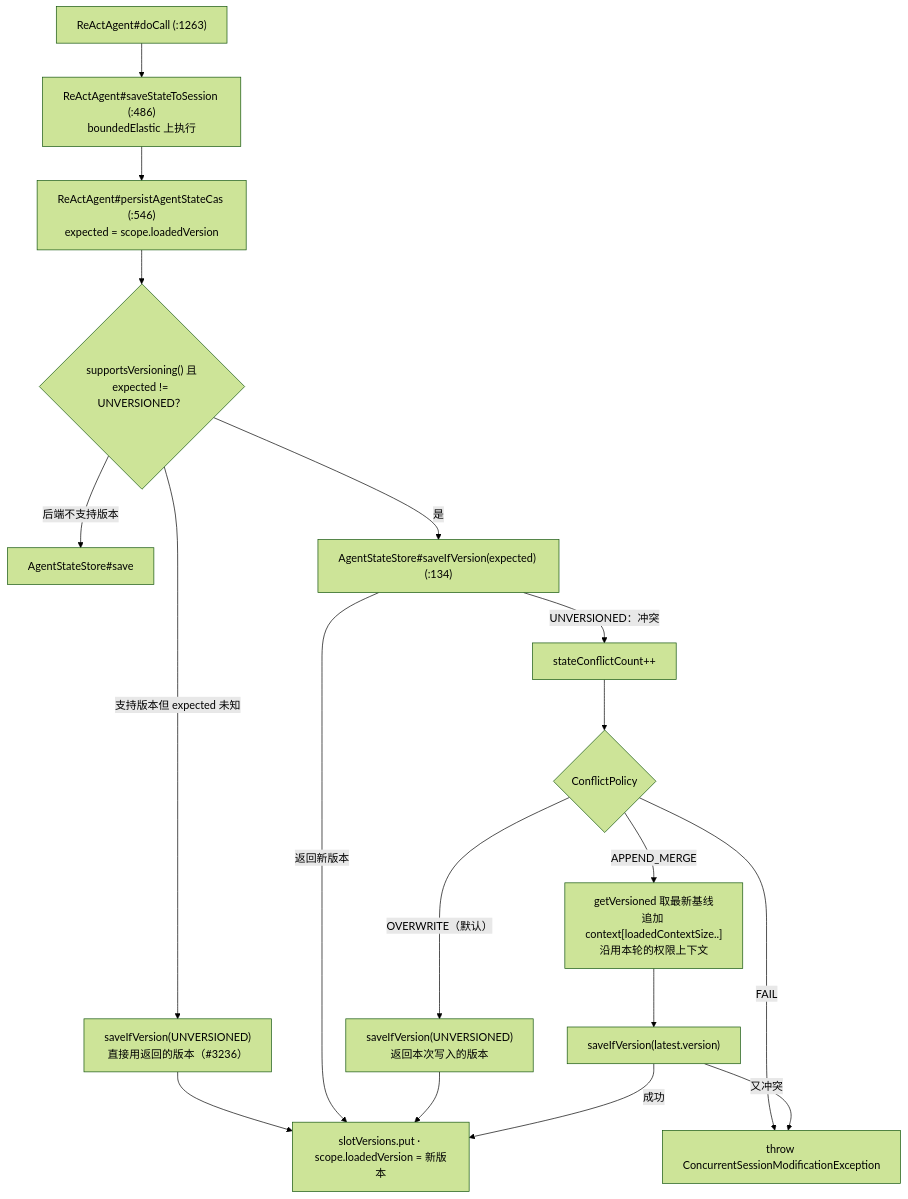
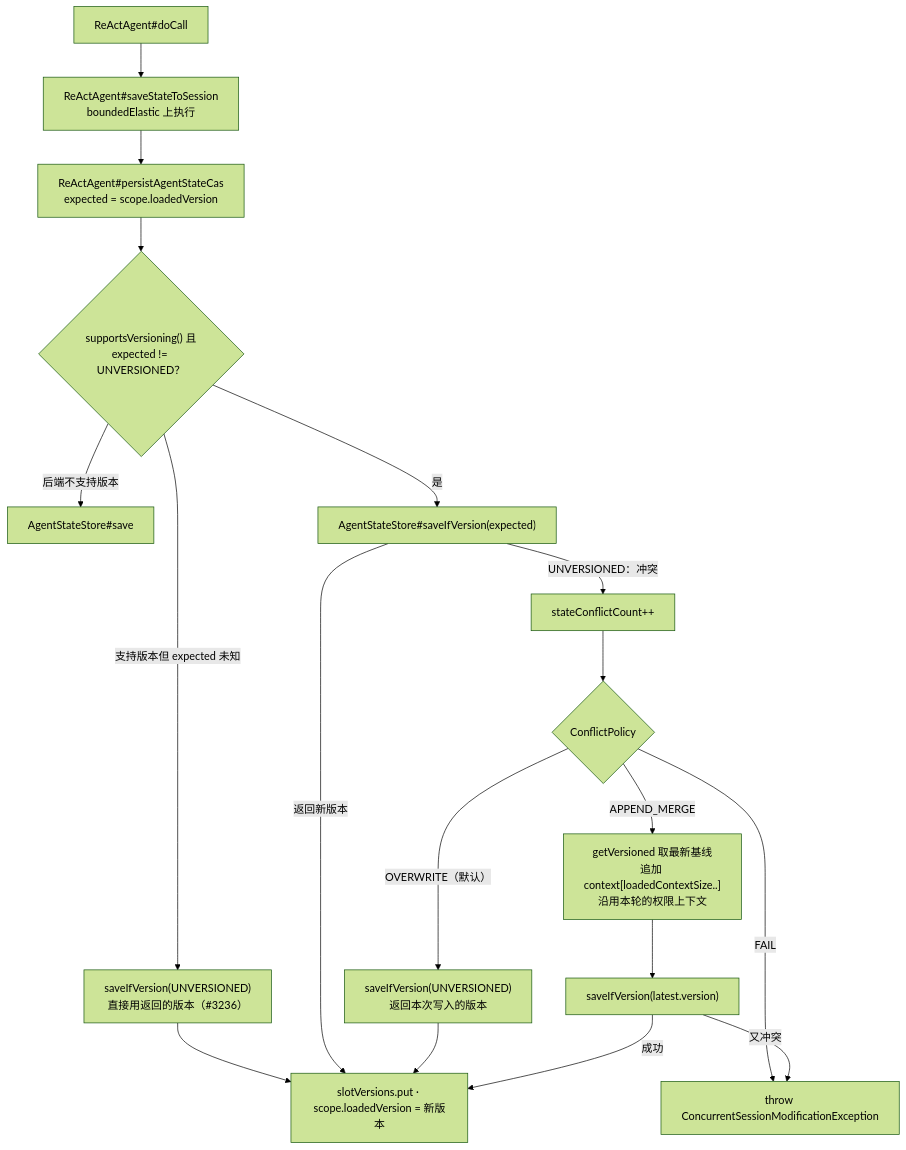
One commit to liulangjietou/AgentScope-source-analysis changed the sixth of 6 diagrams in 02-消息与状态模型.md. Above: the diagram before and after it, drawn with Mermaid (forest theme). The commit also changed other lines of this file and 13 other files, not shown here.

Commit message:
docs: align source guide and diagrams with main dcb131a3

````diff
--- a/02-消息与状态模型.md
+++ b/02-消息与状态模型.md
@@ -315,20 +335,20 @@
 ```mermaid
 flowchart TB
-    DC["ReActAgent#doCall (:1263)"] --> SS["ReActAgent#saveStateToSession (:486)<br/>boundedElastic 上执行"]
-    SS --> CAS["ReActAgent#persistAgentStateCas (:546)<br/>expected = scope.loadedVersion"]
+    DC["ReActAgent#doCall"] --> SS["ReActAgent#saveStateToSession<br/>boundedElastic 上执行"]
+    SS --> CAS["ReActAgent#persistAgentStateCas<br/>expected = scope.loadedVersion"]
     CAS --> V{"supportsVersioning() 且<br/>expected != UNVERSIONED？"}
     V -->|"后端不支持版本"| PLAIN["AgentStateStore#save"]
     V -->|"支持版本但 expected 未知"| UNC["saveIfVersion(UNVERSIONED)<br/>直接用返回的版本（#3236）"]
-    V -->|"是"| SIV["AgentStateStore#saveIfVersion(expected) (:134)"]
+    V -->|"是"| SIV["AgentStateStore#saveIfVersion(expected)"]
     UNC --> OK
     SIV -->|"返回新版本"| OK["slotVersions.put · scope.loadedVersion = 新版本"]
     SIV -->|"UNVERSIONED：冲突"| CNT["stateConflictCount++"]
     CNT --> POL{"ConflictPolicy"}
     POL -->|"OVERWRITE（默认）"| OW["saveIfVersion(UNVERSIONED)<br/>返回本次写入的版本"]
     OW --> OK
     POL -->|"FAIL"| FAIL["throw ConcurrentSessionModificationException"]
     POL -->|"APPEND_MERGE"| AM["getVersioned 取最新基线<br/>追加 context[loadedContextSize..]<br/>沿用本轮的权限上下文"]
     AM --> AM2["saveIfVersion(latest.version)"]
     AM2 -->|"成功"| OK
     AM2 -->|"又冲突"| FAIL
 ```
````
